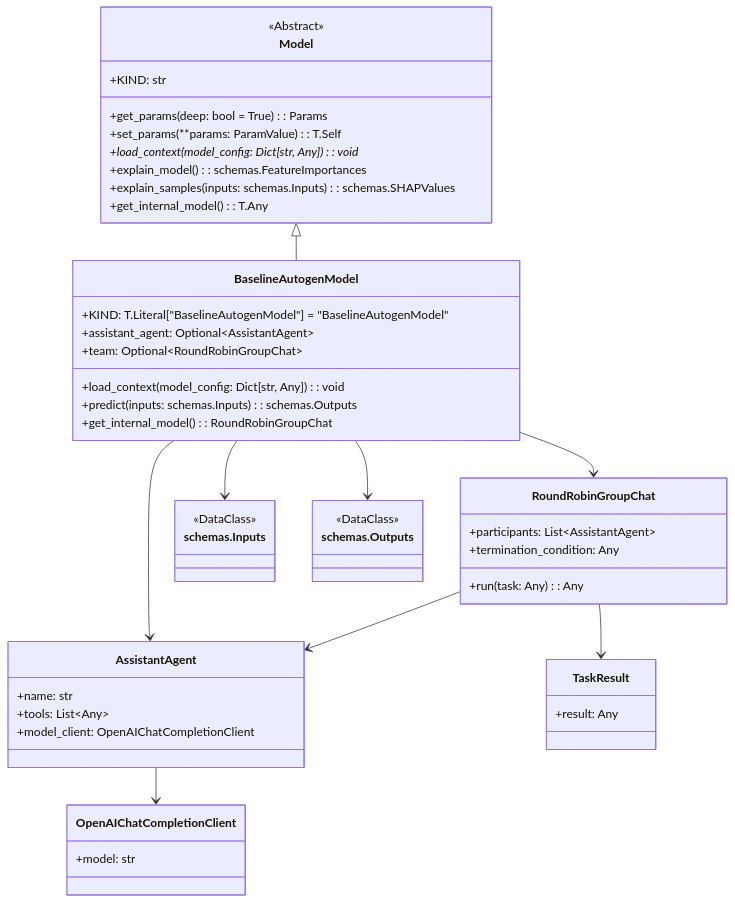
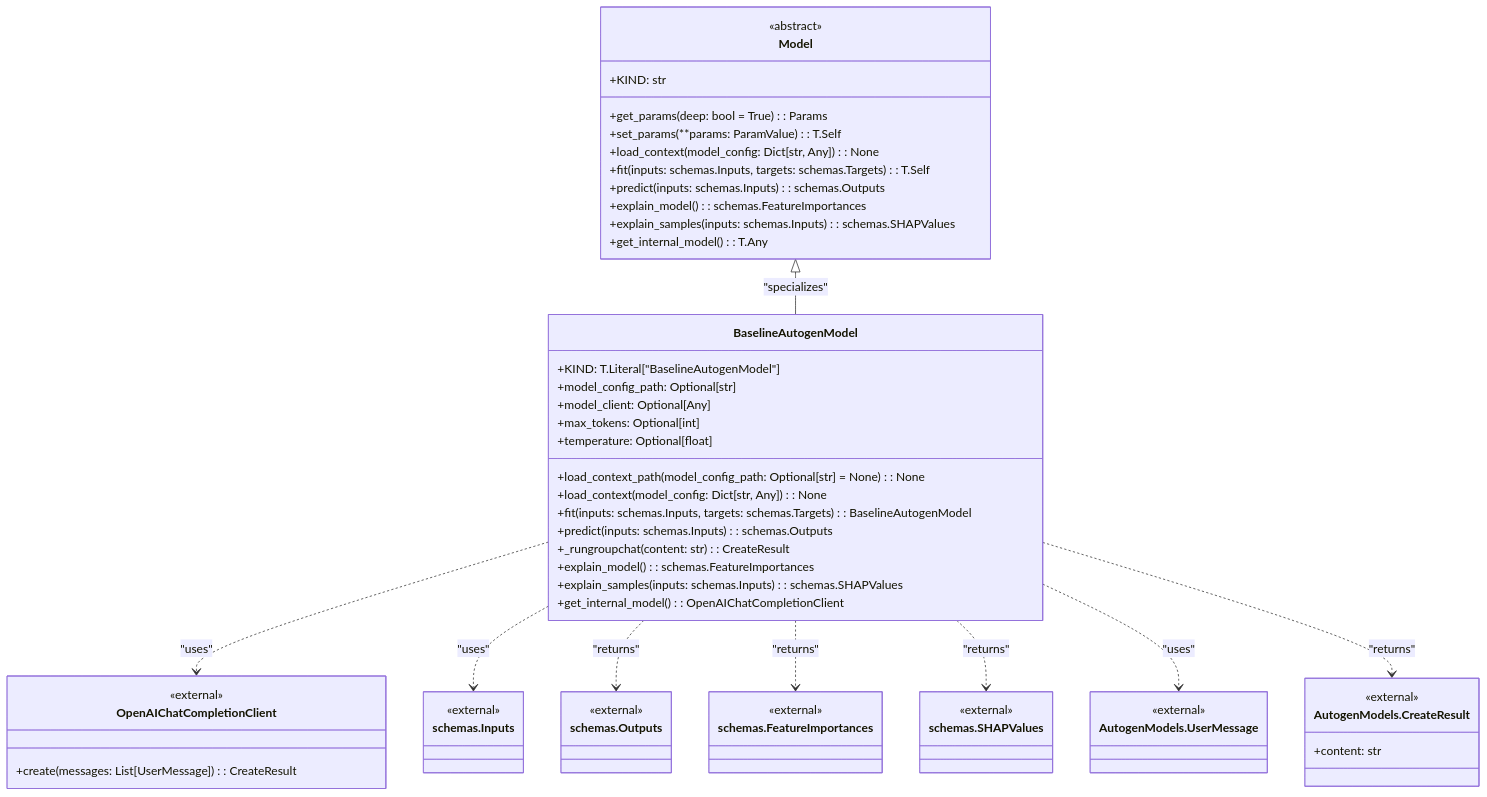
Before and after one commit to lgcorzo/llmops-python-package: the diagram in Documents/Models_stories.md, drawn with Mermaid. The commit also changed other lines of this file and 25 other files, not shown here.

````diff
--- a/Documents/Models_stories.md
+++ b/Documents/Models_stories.md
@@ -19,61 +24,69 @@
 ```mermaid
 classDiagram
+    %% Abstract Base Class
     class Model {
-        <<Abstract>>
+        <<abstract>>
         +KIND: str
         +get_params(deep: bool = True): Params
         +set_params(**params: ParamValue): T.Self
-        +load_context(model_config: Dict[str, Any])*: void
+        +load_context(model_config: Dict[str, Any]): None
+        +fit(inputs: schemas.Inputs, targets: schemas.Targets): T.Self
+        +predict(inputs: schemas.Inputs): schemas.Outputs
         +explain_model(): schemas.FeatureImportances
         +explain_samples(inputs: schemas.Inputs): schemas.SHAPValues
         +get_internal_model(): T.Any
     }
 
+    %% BaselineAutogenModel Class
     class BaselineAutogenModel {
-        +KIND: T.Literal["BaselineAutogenModel"] = "BaselineAutogenModel"
-        +assistant_agent: Optional~AssistantAgent~
-        +team: Optional~RoundRobinGroupChat~
-        +load_context(model_config: Dict[str, Any]): void
+        +KIND: T.Literal["BaselineAutogenModel"]
+        +model_config_path: Optional[str]
+        +model_client: Optional[Any]
+        +max_tokens: Optional[int]
+        +temperature: Optional[float]
+        +load_context_path(model_config_path: Optional[str] = None) : None
+        +load_context(model_config: Dict[str, Any]) : None
+        +fit(inputs: schemas.Inputs, targets: schemas.Targets): BaselineAutogenModel
         +predict(inputs: schemas.Inputs): schemas.Outputs
-        +get_internal_model(): RoundRobinGroupChat
+        +_rungroupchat(content: str) : CreateResult
+        +explain_model(): schemas.FeatureImportances
+        +explain_samples(inputs: schemas.Inputs): schemas.SHAPValues
+        +get_internal_model(): OpenAIChatCompletionClient
+    }
+    Model <|-- BaselineAutogenModel : "specializes"
+
+    %% OpenAIChatCompletionClient
+    class OpenAIChatCompletionClient {
+        <<external>>
+        +create(messages: List[UserMessage]) : CreateResult
     }
 
-    class AssistantAgent {
-        +name: str
-        +tools: List~Any~
-        +model_client: OpenAIChatCompletionClient
+    %% Schemas and Autogen Data Models
+    class schemas.Inputs {
+        <<external>>
     }
-
-    class RoundRobinGroupChat {
-        +participants: List~AssistantAgent~
-        +termination_condition: Any
-        +run(task: Any): Any
+    class schemas.Outputs {
+        <<external>>
     }
-
-    class OpenAIChatCompletionClient {
-        +model: str
+    class schemas.FeatureImportances {
+        <<external>>
     }
-
-   
-    class schemas.Inputs {
-        <<DataClass>>
+   class schemas.SHAPValues {
+        <<external>>
     }
-
-    class schemas.Outputs {
-        <<DataClass>>
+    class AutogenModels.UserMessage {
+        <<external>>
     }
-
-    class TaskResult {
-        +result: Any
+     class AutogenModels.CreateResult {
+        <<external>>
+		+content: str
     }
-
-    Model <|-- BaselineAutogenModel
-    BaselineAutogenModel --> AssistantAgent
-    BaselineAutogenModel --> RoundRobinGroupChat
-    RoundRobinGroupChat --> AssistantAgent
-    AssistantAgent --> OpenAIChatCompletionClient
-    BaselineAutogenModel --> schemas.Outputs
-    BaselineAutogenModel --> schemas.Inputs
-    RoundRobinGroupChat --> TaskResult
-
+    
+   BaselineAutogenModel ..> OpenAIChatCompletionClient : "uses"
+   BaselineAutogenModel ..> schemas.Inputs : "uses"
+   BaselineAutogenModel ..> schemas.Outputs : "returns"
+   BaselineAutogenModel ..> schemas.FeatureImportances : "returns"
+   BaselineAutogenModel ..> schemas.SHAPValues : "returns"
+   BaselineAutogenModel ..> AutogenModels.UserMessage : "uses"
+   BaselineAutogenModel ..> AutogenModels.CreateResult : "returns"
 ```
````
